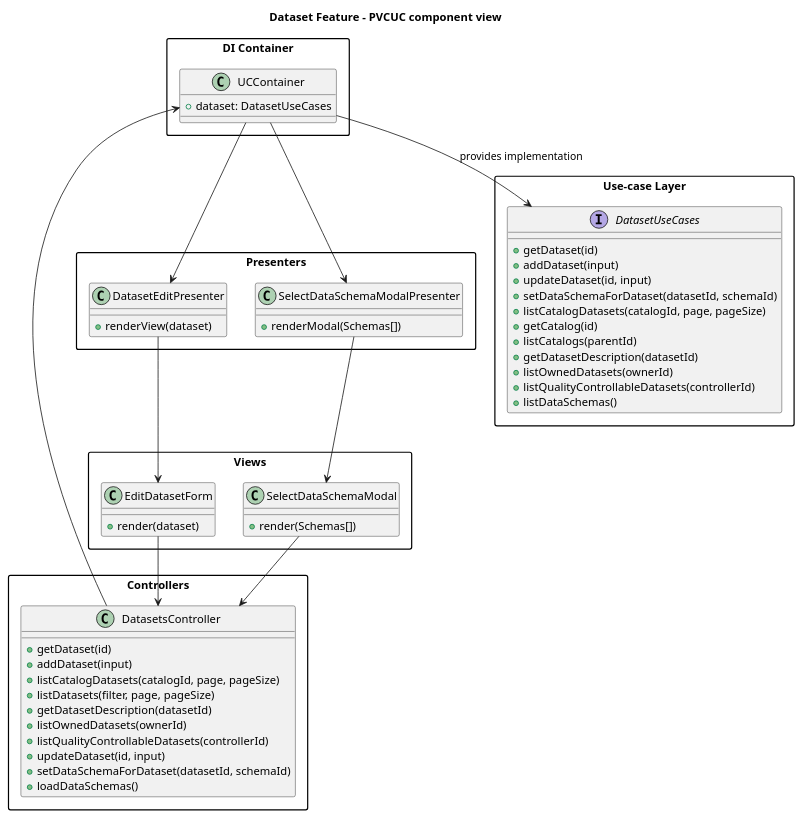
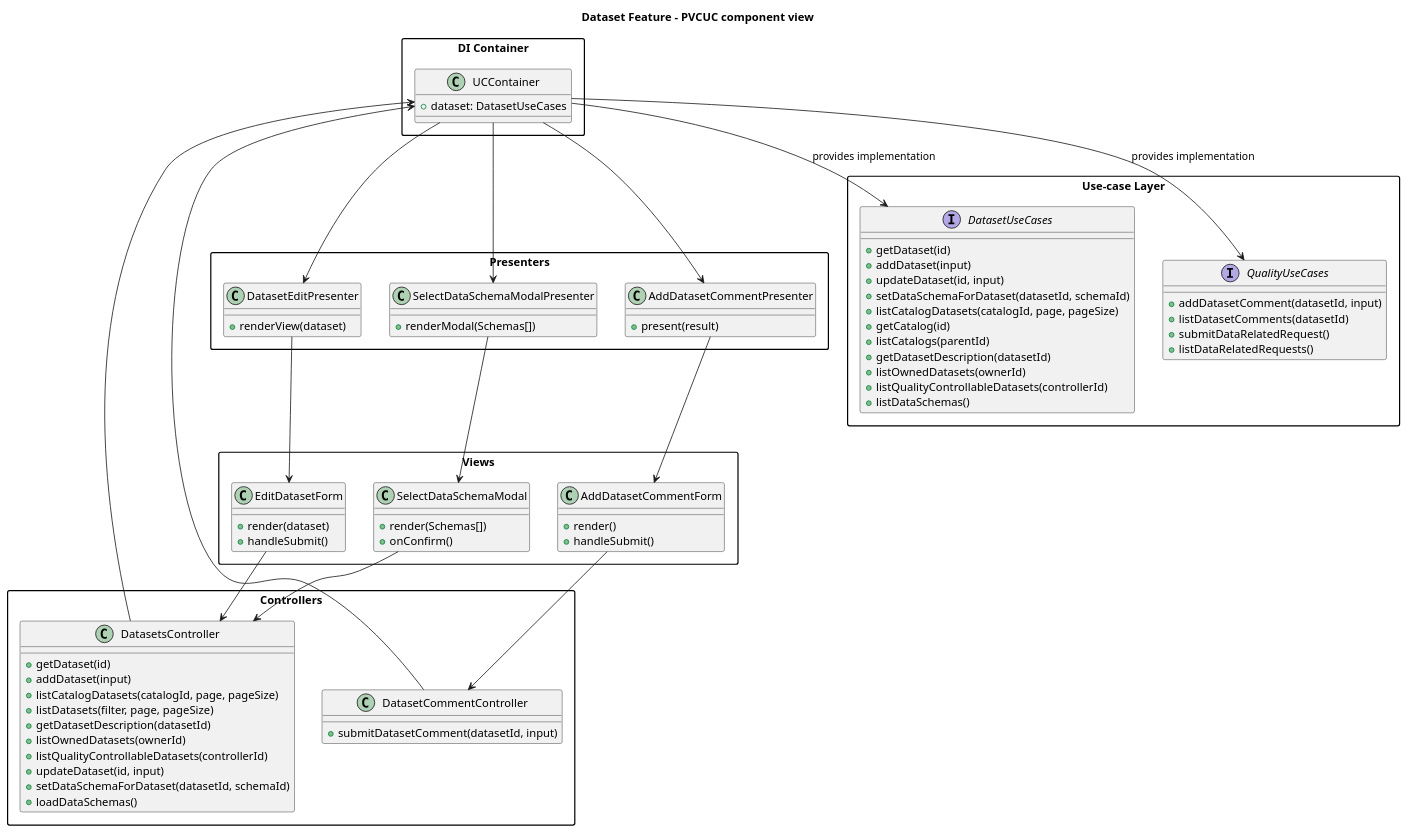
Before and after one commit to POP2025-EEPW/doorce-frontend: the diagram in diagrams/class/group2.puml, drawn with PlantUML.

Commit message:
feat: complete class diagrams for group2

```diff
--- a/diagrams/class/group2.puml
+++ b/diagrams/class/group2.puml
@@ -1,74 +1,96 @@
 @startuml
 title Dataset Feature - PVCUC component view
 
 skinparam packageStyle rectangle
 
 package "Views" {
   class EditDatasetForm {
     +render(dataset)
+    +handleSubmit()
   }
 
   class SelectDataSchemaModal {
     +render(Schemas[])
+    +onConfirm()
+  }
+  class AddDatasetCommentForm {
+    +render()
+    +handleSubmit()
   }
 }
 
 package "Presenters" {
   class DatasetEditPresenter {
     +renderView(dataset)
   }
 
   class SelectDataSchemaModalPresenter {
     +renderModal(Schemas[])
+  }
+
+  class AddDatasetCommentPresenter {
+    +present(result)
   }
 }
 
 package "Controllers" {
   class DatasetsController {
     +getDataset(id)
     +addDataset(input)
     +listCatalogDatasets(catalogId, page, pageSize)
     +listDatasets(filter, page, pageSize)
     +getDatasetDescription(datasetId)
     +listOwnedDatasets(ownerId)
     +listQualityControllableDatasets(controllerId)
     +updateDataset(id, input)
     +setDataSchemaForDataset(datasetId, schemaId)
     +loadDataSchemas()
   }
+  class DatasetCommentController {
+    +submitDatasetComment(datasetId, input)
+    }
 }
 
 package "Use-case Layer" {
 interface DatasetUseCases {
     +getDataset(id)
     +addDataset(input)
     +updateDataset(id, input)
     +setDataSchemaForDataset(datasetId, schemaId)
     +listCatalogDatasets(catalogId, page, pageSize)
     +getCatalog(id)
     +listCatalogs(parentId)
     +getDatasetDescription(datasetId)
     +listOwnedDatasets(ownerId)
     +listQualityControllableDatasets(controllerId)
     +listDataSchemas()
   }
+ interface QualityUseCases {
+    +addDatasetComment(datasetId, input)
+    +listDatasetComments(datasetId)
+    +submitDataRelatedRequest()
+    +listDataRelatedRequests()
+  }
 }
 
 package "DI Container" {
   class UCContainer {
     +dataset: DatasetUseCases
   }
 }
 
 SelectDataSchemaModal --> DatasetsController
 EditDatasetForm --> DatasetsController
 DatasetsController --> UCContainer
 UCContainer --> DatasetEditPresenter
 UCContainer --> SelectDataSchemaModalPresenter
 DatasetEditPresenter --> EditDatasetForm
 SelectDataSchemaModalPresenter --> SelectDataSchemaModal
-
+DatasetCommentController --> UCContainer
+AddDatasetCommentPresenter --> AddDatasetCommentForm
+UCContainer --> AddDatasetCommentPresenter
+AddDatasetCommentForm --> DatasetCommentController
 
 UCContainer --> DatasetUseCases : provides implementation
-
+UCContainer --> QualityUseCases : provides implementation
 @enduml
```
